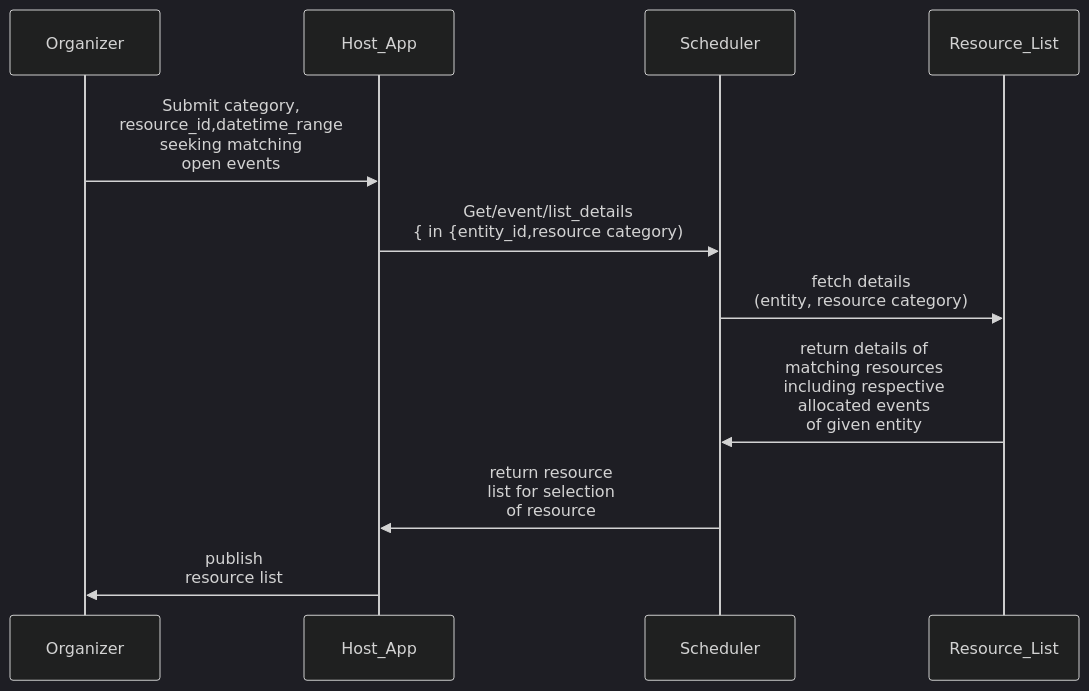
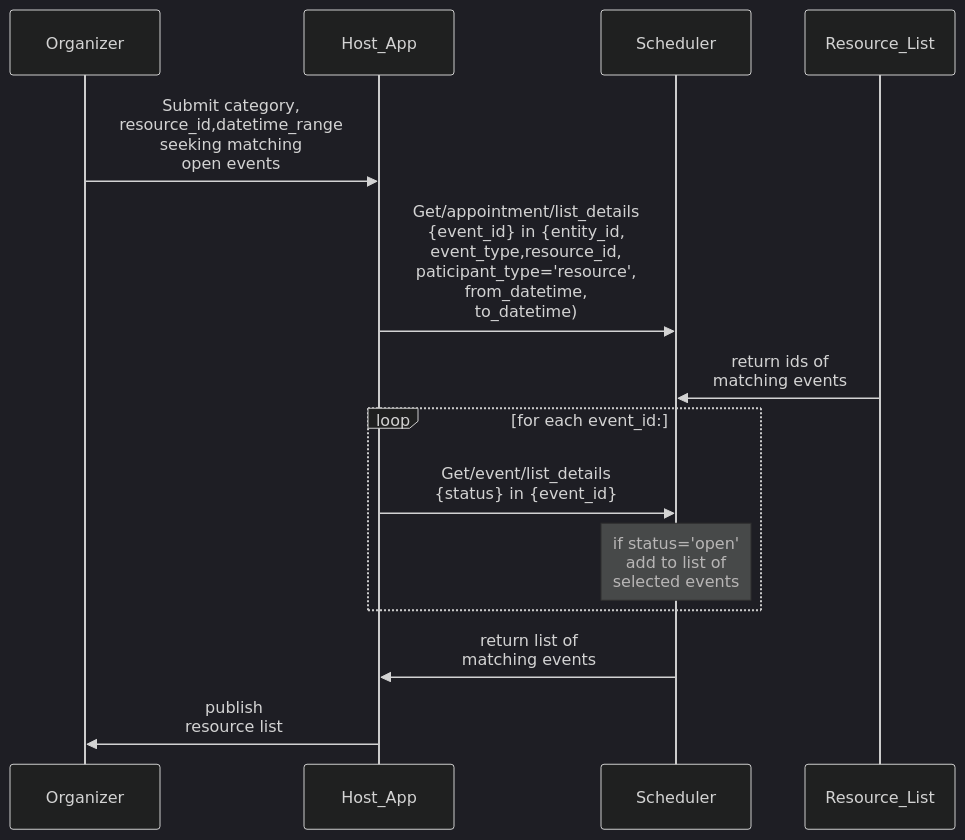
Before and after one commit to GovStackWorkingGroup/scheduler: the third of 14 diagrams in spec/9-workflows.md, drawn with Mermaid (dark theme). The commit also changed other lines of this file and 11 other files, not shown here.

````diff
--- a/spec/9-workflows.md
+++ b/spec/9-workflows.md
@@ -125,9 +106,12 @@
 ```mermaid
 sequenceDiagram
 Organizer->>Host_App:Submit category,<br> resource_id,datetime_range <br> seeking matching<br> open events 
-Host_App->>Scheduler:Get/event/list_details<br>{ in {entity_id,resource category)
-  Scheduler->>Resource_List: fetch details<br>(entity, resource category)
-  Resource_List->>Scheduler: return details of <br>matching resources<br> including respective<br> allocated events<br>of given entity
-  Scheduler->>Host_App: return resource<br> list for selection<br> of resource
+Host_App->>Scheduler:Get/appointment/list_details<br>{event_id} in {entity_id, <br>event_type,resource_id,<br>paticipant_type='resource',<br>from_datetime,<br>to_datetime)
+Resource_List->>Scheduler: return ids of<br> matching events
+Loop for each event_id:
+   Host_App->>Scheduler:Get/event/list_details<br>{status} in {event_id}  
+   note over Scheduler: if status='open' <br>add to list of<br> selected events
+end
+Scheduler->>Host_App: return list of <br>matching events 
 Host_App->> Organizer: publish <br>resource list
 ```
````
